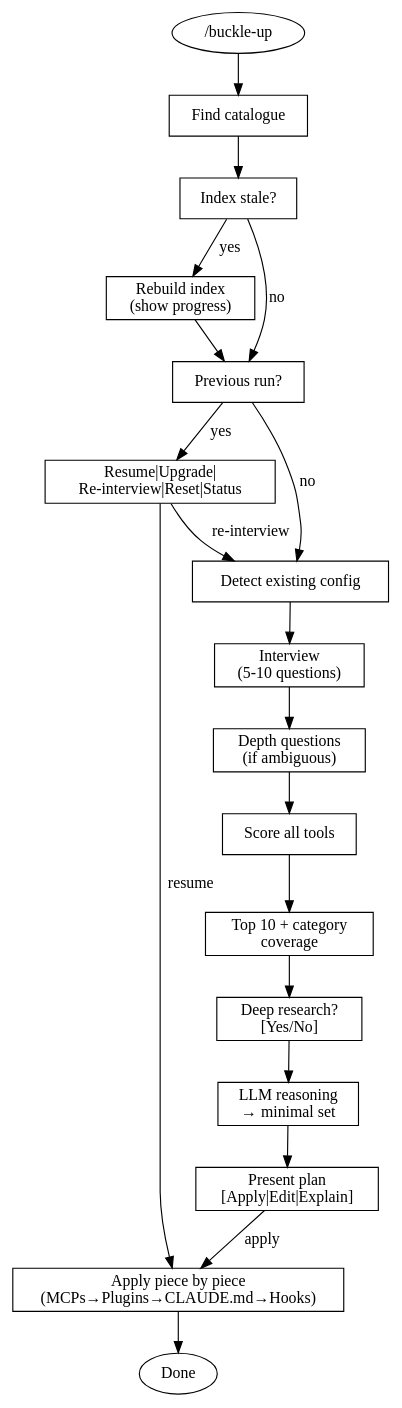
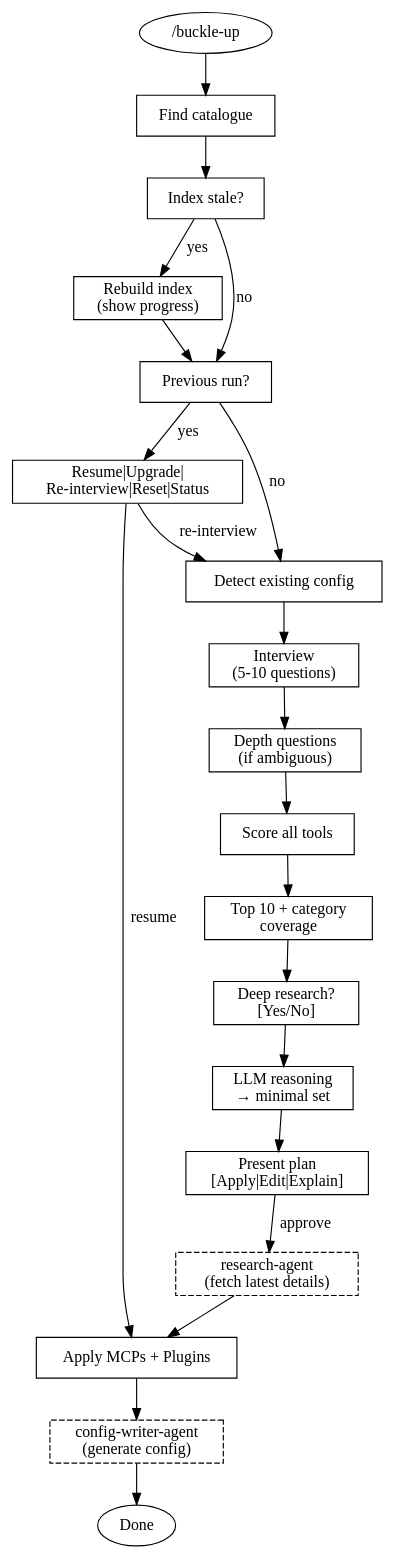
One commit to razpetel/buckle-up changed the diagram in skills/buckle-up/SKILL.md. Above: the diagram before and after it, drawn with Graphviz. The commit also changed other lines of this file and 5 other files, not shown here.

First line of the commit message:
feat: add research-agent and config-writer-agent

````diff
--- a/skills/buckle-up/SKILL.md
+++ b/skills/buckle-up/SKILL.md
@@ -21,42 +21,49 @@
 ```dot
 digraph buckle_up_flow {
   rankdir=TB;
   node [shape=box];
 
   start [label="/buckle-up" shape=ellipse];
   find_cat [label="Find catalogue"];
   check_index [label="Index stale?"];
   rebuild [label="Rebuild index\n(show progress)"];
   check_prev [label="Previous run?"];
   rerun_menu [label="Resume|Upgrade|\nRe-interview|Reset|Status"];
   detect_config [label="Detect existing config"];
   interview [label="Interview\n(5-10 questions)"];
   depth [label="Depth questions\n(if ambiguous)"];
   score [label="Score all tools"];
   top10 [label="Top 10 + category\ncoverage"];
   research [label="Deep research?\n[Yes/No]"];
   reason [label="LLM reasoning\n→ minimal set"];
   present [label="Present plan\n[Apply|Edit|Explain]"];
-  apply [label="Apply piece by piece\n(MCPs→Plugins→CLAUDE.md→Hooks)"];
+
+  // Agents (dashed boxes)
+  research_agent [label="research-agent\n(fetch latest details)" style=dashed];
+  config_agent [label="config-writer-agent\n(generate config)" style=dashed];
+
+  apply_tools [label="Apply MCPs + Plugins"];
   done [label="Done" shape=ellipse];
 
   start -> find_cat;
   find_cat -> check_index;
   check_index -> rebuild [label="yes"];
   check_index -> check_prev [label="no"];
   rebuild -> check_prev;
   check_prev -> rerun_menu [label="yes"];
   check_prev -> detect_config [label="no"];
   rerun_menu -> detect_config [label="re-interview"];
-  rerun_menu -> apply [label="resume"];
+  rerun_menu -> apply_tools [label="resume"];
   detect_config -> interview;
   interview -> depth;
   depth -> score;
   score -> top10;
   top10 -> research;
   research -> reason;
   reason -> present;
-  present -> apply [label="apply"];
-  apply -> done;
+  present -> research_agent [label="approve"];
+  research_agent -> apply_tools;
+  apply_tools -> config_agent;
+  config_agent -> done;
 }
 ```
````
